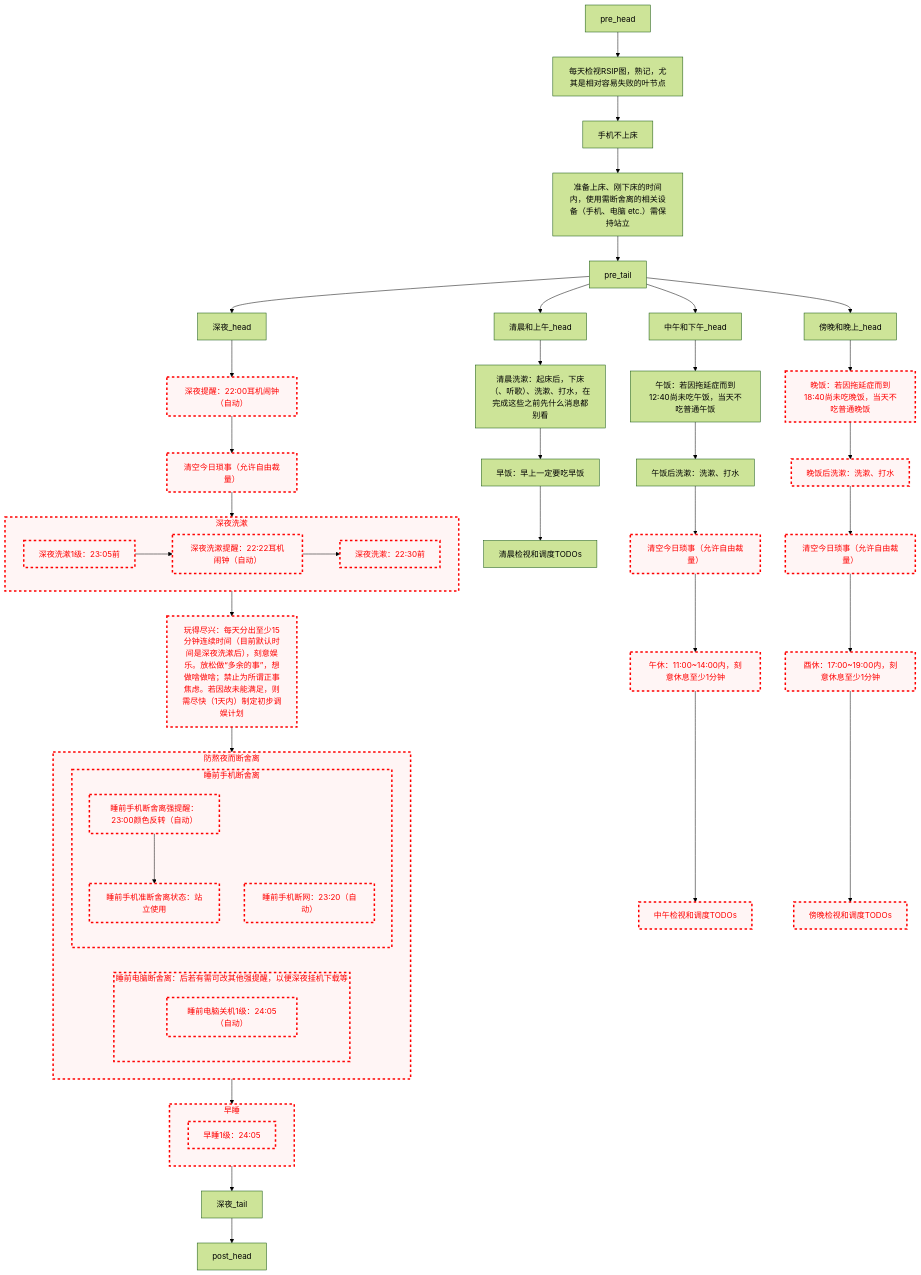
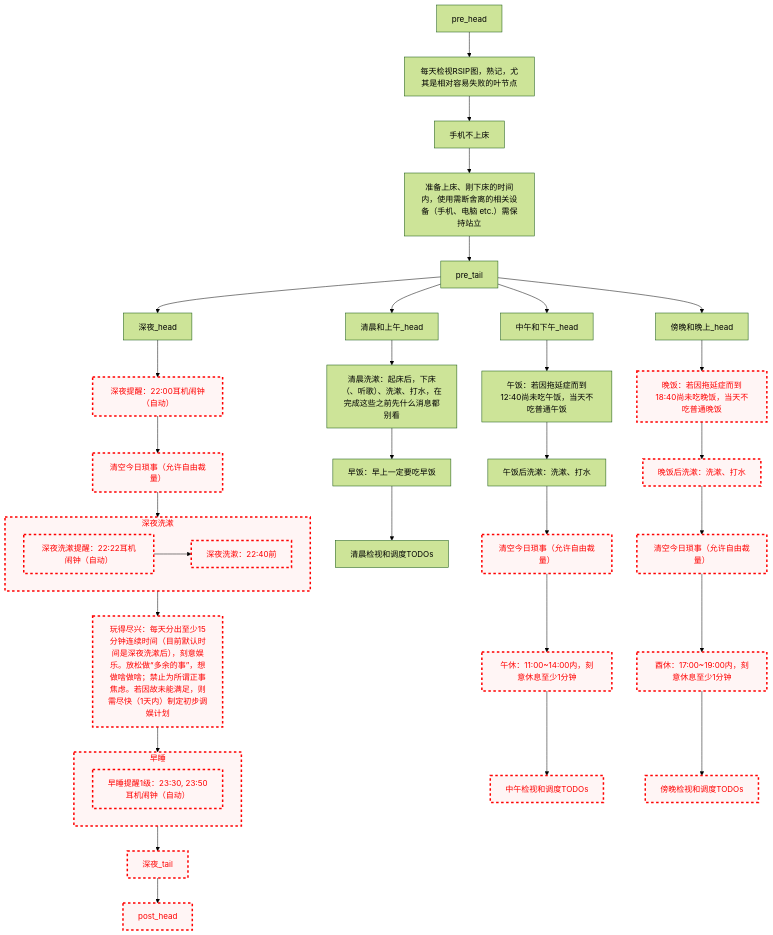
One commit to Ethkuil/RSIP-tree changed the diagram in README.md. Above: the diagram before and after it, drawn with Mermaid (forest theme).

Commit message:
update 深夜部分

````diff
--- a/README.md
+++ b/README.md
@@ -66,44 +66,24 @@
 class 深夜今日琐事 failed
 深夜今日琐事 --> 深夜洗漱
 subgraph 深夜洗漱
-  深夜洗漱1级[深夜洗漱1级：23:05前]
-  class 深夜洗漱1级 failed
-  深夜洗漱1级 --> 深夜洗漱提醒[深夜洗漱提醒：22:22耳机闹钟（自动）]
+  深夜洗漱提醒[深夜洗漱提醒：22:22耳机闹钟（自动）]
   class 深夜洗漱提醒 failed
-  深夜洗漱提醒 --> 深夜洗漱最高级[深夜洗漱：22:30前]
-  class 深夜洗漱最高级 failed
+  深夜洗漱提醒 --> 深夜洗漱执行[深夜洗漱：22:40前]
+  class 深夜洗漱执行 failed
 end
 class 深夜洗漱 failed
 深夜洗漱 --> 玩得尽兴[玩得尽兴：每天分出至少15分钟连续时间（目前默认时间是深夜洗漱后），刻意娱乐。放松做“多余的事”，想做啥做啥；禁止为所谓正事焦虑。若因故未能满足，则需尽快（1天内）制定初步调娱计划]
 class 玩得尽兴 failed
 
-玩得尽兴 --> 防熬夜而断舍离
-subgraph 防熬夜而断舍离
-  subgraph 睡前电脑断舍离[睡前电脑断舍离：后若有需可改其他强提醒，以便深夜挂机下载等]
-    睡前电脑关机1级[睡前电脑关机1级：24:05（自动）]
-    class 睡前电脑关机1级 failed
-  end
-  class 睡前电脑断舍离 failed
-
-  subgraph 睡前手机断舍离
-    睡前手机断舍离强提醒[睡前手机断舍离强提醒：23:00颜色反转（自动）]
-    class 睡前手机断舍离强提醒 failed
-    睡前手机断舍离强提醒 --> 睡前手机准断舍离状态[睡前手机准断舍离状态：站立使用]
-    class 睡前手机准断舍离状态 failed
-    睡前手机断网[睡前手机断网：23:20（自动）]
-    class 睡前手机断网 failed
-  end
-  class 睡前手机断舍离 failed
-end
-class 防熬夜而断舍离 failed
-防熬夜而断舍离 --> 早睡
+玩得尽兴 --> 早睡
 subgraph 早睡
-  早睡1级[早睡1级：24:05]
-  class 早睡1级 failed
+  早睡提醒1级[早睡提醒1级：23:30, 23:50耳机闹钟（自动）]
+  class 早睡提醒1级 failed
 end
 class 早睡 failed
 早睡 --> 深夜_tail
+class 深夜_tail failed
 
 深夜_tail --> post_head
-
+class post_head failed
 ```
````
